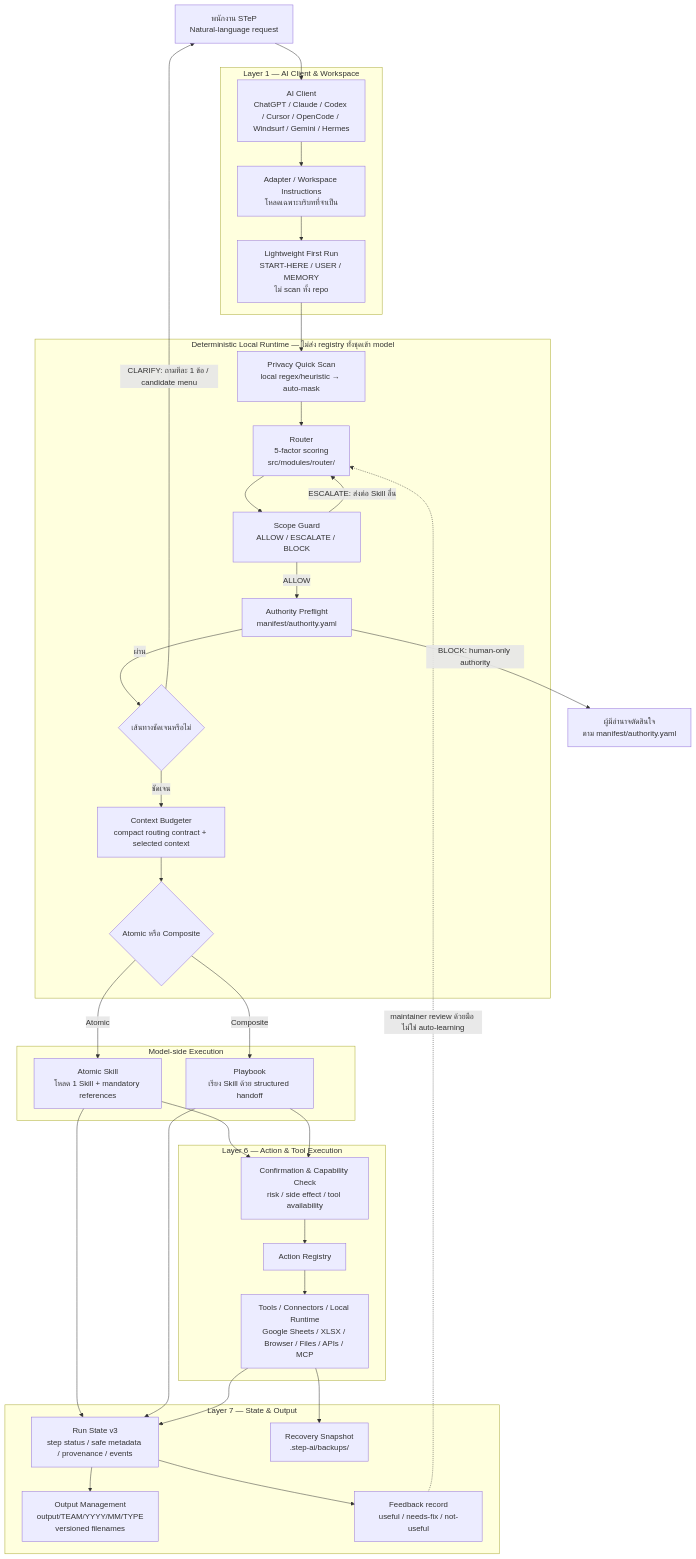
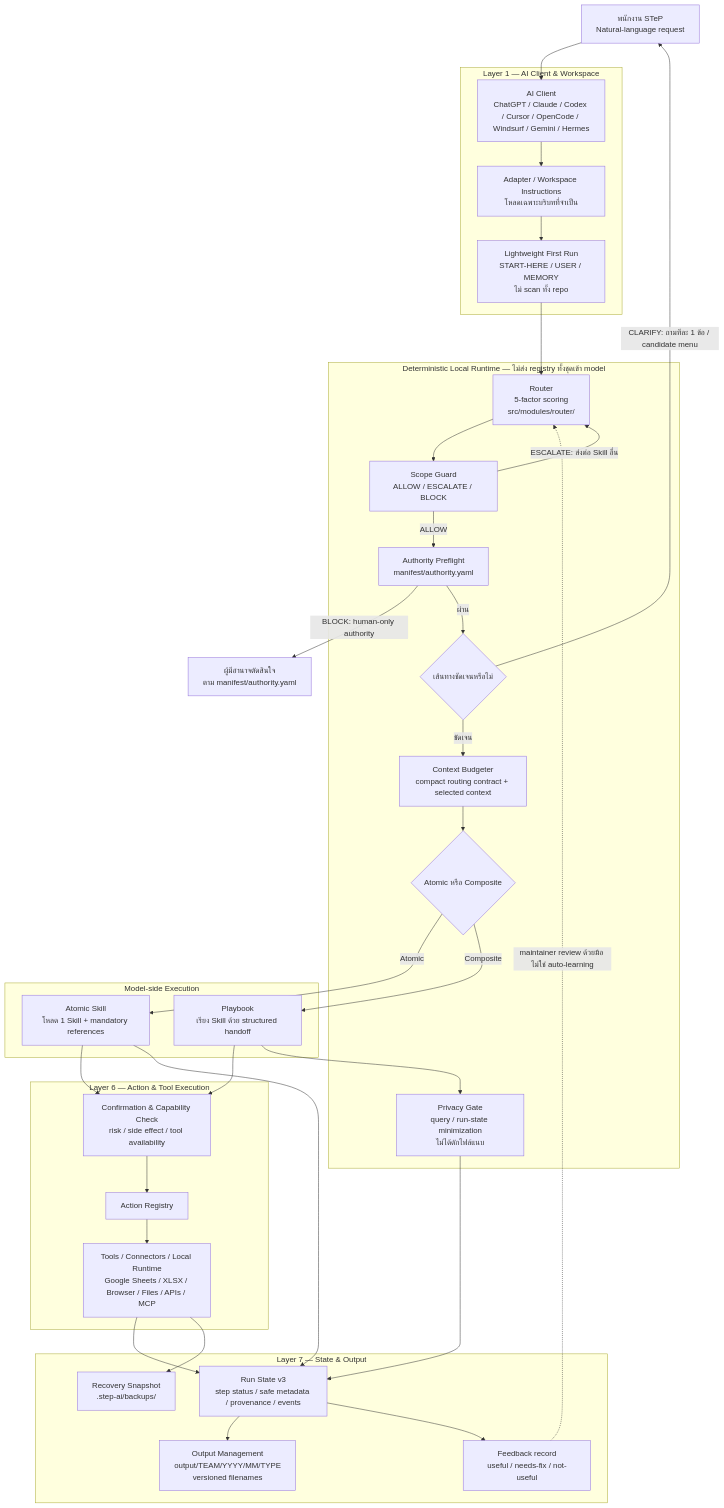
Before and after one commit to iisara555/STeP-AI-Harness: the first of 2 diagrams in docs/architecture.md, drawn with Mermaid. The commit also changed other lines of this file and 254 other files, not shown here.

```diff
--- a/docs/architecture.md
+++ b/docs/architecture.md
@@ -18,67 +18,67 @@
 ~~~mermaid
 flowchart TB
 
     U["พนักงาน STeP<br/>Natural-language request"]
     HUMAN["ผู้มีอำนาจตัดสินใจ<br/>ตาม manifest/authority.yaml"]
 
     subgraph C1["Layer 1 — AI Client & Workspace"]
       AI["AI Client<br/>ChatGPT / Claude / Codex / Cursor / OpenCode / Windsurf / Gemini / Hermes"]
       AD["Adapter / Workspace Instructions<br/>โหลดเฉพาะบริบทที่จำเป็น"]
       FR["Lightweight First Run<br/>START-HERE / USER / MEMORY<br/>ไม่ scan ทั้ง repo"]
     end
 
     subgraph DET["Deterministic Local Runtime — ไม่ส่ง registry ทั้งชุดเข้า model"]
-      PG["Privacy Quick Scan<br/>local regex/heuristic → auto-mask"]
+      PG["Privacy Gate<br/>query / run-state minimization<br/>ไม่ได้ดักไฟล์แนบ"]
       RT["Router<br/>5-factor scoring<br/>src/modules/router/"]
       SG["Scope Guard<br/>ALLOW / ESCALATE / BLOCK"]
       AP["Authority Preflight<br/>manifest/authority.yaml"]
       CLR{"เส้นทางชัดเจนหรือไม่"}
       CB["Context Budgeter<br/>compact routing contract + selected context"]
       SEL{"Atomic หรือ Composite"}
     end
 
     subgraph MDL["Model-side Execution"]
       SK["Atomic Skill<br/>โหลด 1 Skill + mandatory references"]
       PB["Playbook<br/>เรียง Skill ด้วย structured handoff"]
     end
 
     subgraph C6["Layer 6 — Action & Tool Execution"]
       GATE["Confirmation & Capability Check<br/>risk / side effect / tool availability"]
       AR["Action Registry"]
       TOOL["Tools / Connectors / Local Runtime<br/>Google Sheets / XLSX / Browser / Files / APIs / MCP"]
     end
 
     subgraph C7["Layer 7 — State & Output"]
       RS["Run State v3<br/>step status / safe metadata / provenance / events"]
       OUT["Output Management<br/>output/TEAM/YYYY/MM/TYPE<br/>versioned filenames"]
       RC["Recovery Snapshot<br/>.step-ai/backups/"]
       FB["Feedback record<br/>useful / needs-fix / not-useful"]
     end
 
     U --> AI
     AI --> AD
     AD --> FR
-    FR --> PG
-    PG --> RT
+    FR --> RT
     RT --> SG
     SG -->|ALLOW| AP
     SG -->|"ESCALATE: ส่งต่อ Skill อื่น"| RT
     AP -->|"BLOCK: human-only authority"| HUMAN
     AP -->|ผ่าน| CLR
     CLR -->|"CLARIFY: ถามทีละ 1 ข้อ / candidate menu"| U
     CLR -->|ชัดเจน| CB
     CB --> SEL
     SEL -->|Atomic| SK
     SEL -->|Composite| PB
     SK --> GATE
     PB --> GATE
     GATE --> AR
     AR --> TOOL
     SK --> RS
-    PB --> RS
+    PB --> PG
+    PG --> RS
     TOOL --> RS
     TOOL --> RC
     RS --> OUT
     RS --> FB
     FB -.->|"maintainer review ด้วยมือ ไม่ใช่ auto-learning"| RT
 ~~~
```
